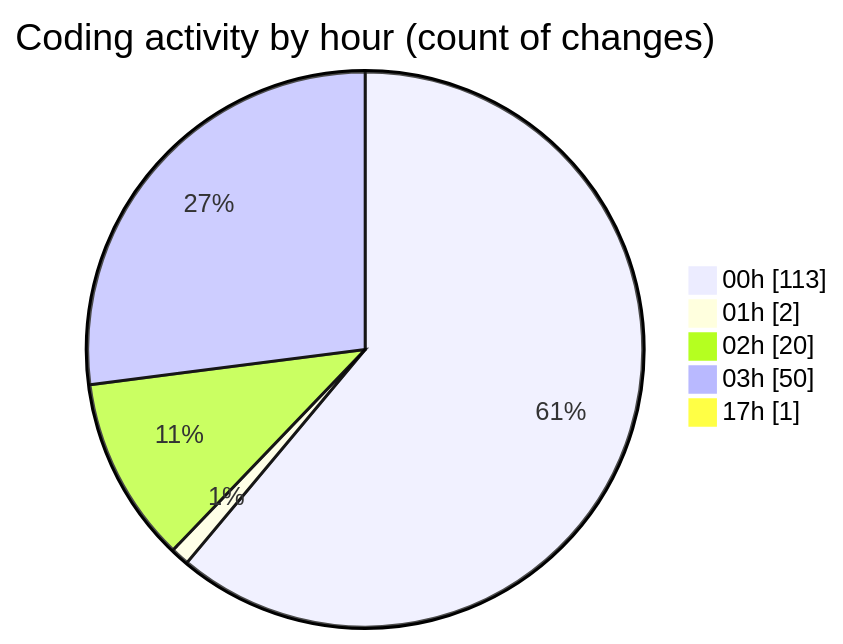
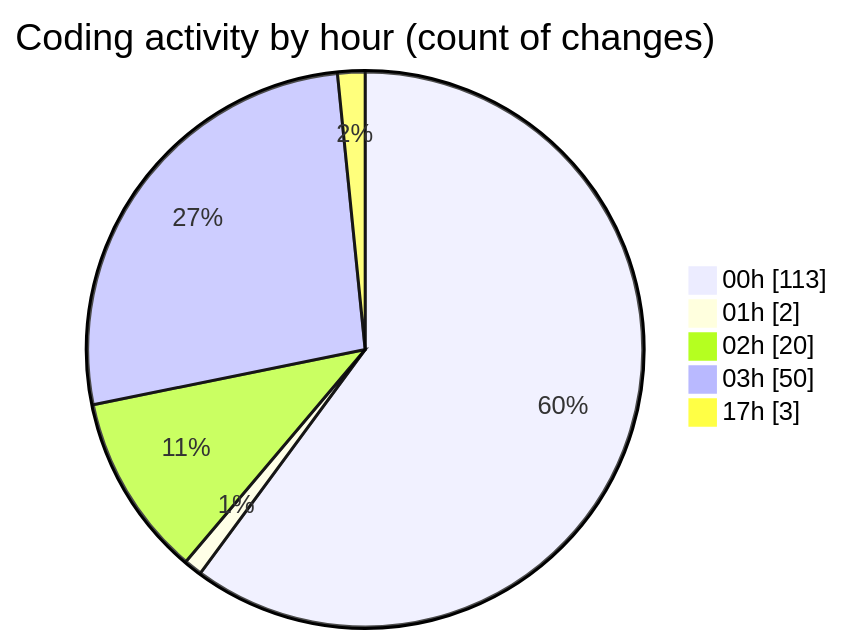
One commit to lephambinh05/code-tracking changed the second of 2 diagrams in 2025-08-06/napxuvn/README.md. Above: the diagram before and after it, drawn with Mermaid. The commit also changed other lines of this file and 1 other file, not shown here.

````diff
--- a/2025-08-06/napxuvn/README.md
+++ b/2025-08-06/napxuvn/README.md
@@ -123,9 +124,9 @@
 ```mermaid
 pie showData
 title Coding activity by hour (count of changes)
 "00h" : 113
 "01h" : 2
 "02h" : 20
 "03h" : 50
-"17h" : 1
+"17h" : 3
 ```
````
